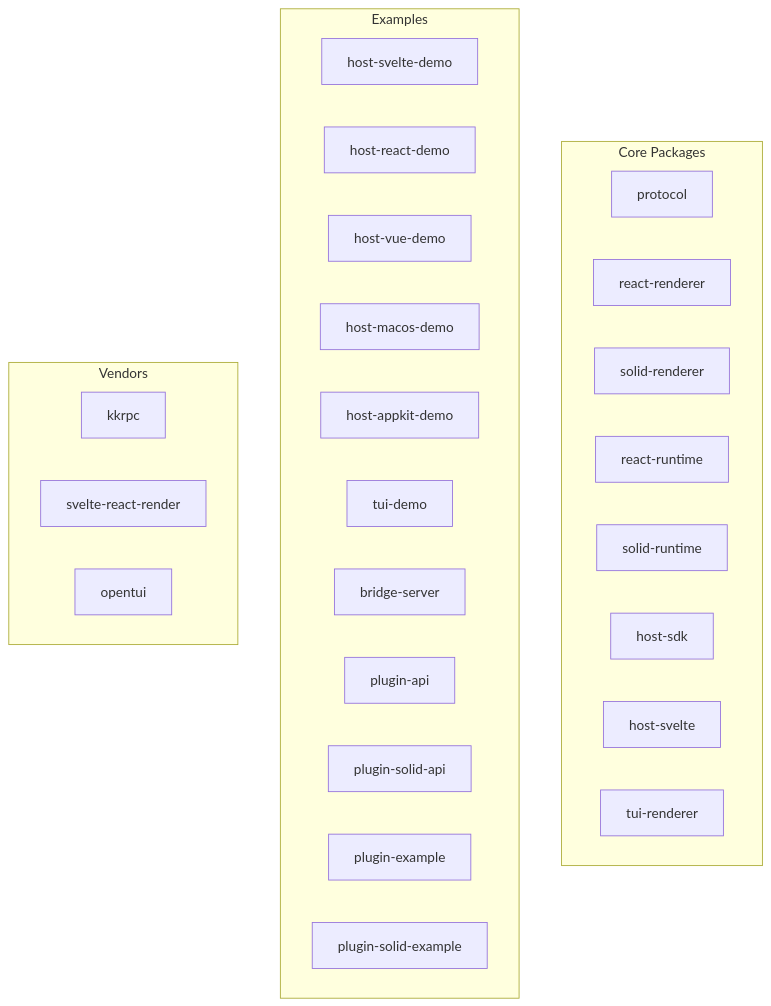
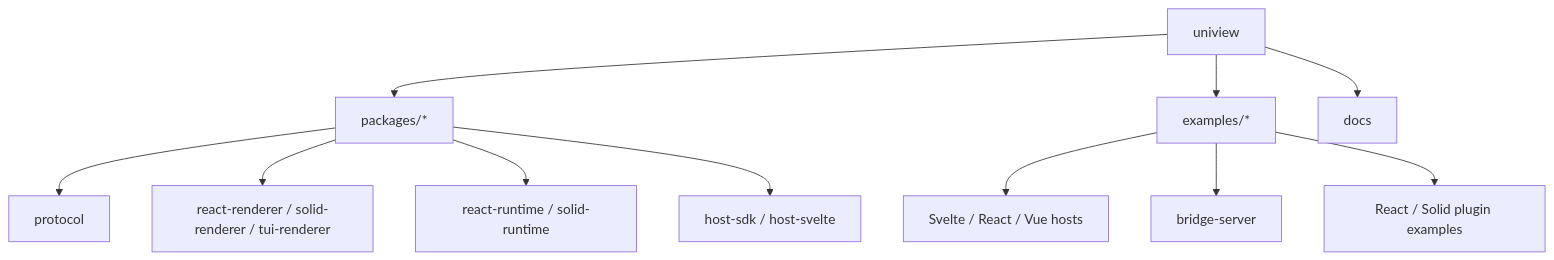
Before and after one commit to HuakunShen/uniview: the first of 2 diagrams in .repowiki/en/content/Architecture/Monorepo Architecture.md, drawn with Mermaid. The commit also changed other lines of this file and 31 other files, not shown here.

````diff
--- a/.repowiki/en/content/Architecture/Monorepo Architecture.md
+++ b/.repowiki/en/content/Architecture/Monorepo Architecture.md
@@ -30,33 +34,14 @@
 ```mermaid
 graph TB
-    subgraph Core["Core Packages"]
-        P[protocol]
-        RR[react-renderer]
-        SR[solid-renderer]
-        RRun[react-runtime]
-        SRun[solid-runtime]
-        HS[host-sdk]
-        H5[host-svelte]
-        TUI[tui-renderer]
-    end
-
-    subgraph Examples["Examples"]
-        HSD[host-svelte-demo]
-        HRD[host-react-demo]
-        HVD[host-vue-demo]
-        HMD[host-macos-demo]
-        HAD[host-appkit-demo]
-        TD[tui-demo]
-        BS[bridge-server]
-        PA[plugin-api]
-        PSA[plugin-solid-api]
-        PE[plugin-example]
-        PSE[plugin-solid-example]
-    end
-
-    subgraph Vendors["Vendors"]
-        KK[kkrpc]
-        SRR[svelte-react-render]
-        OT[opentui]
-    end
+    Root[uniview]
+    Root --> Packages[packages/*]
+    Root --> Examples[examples/*]
+    Root --> Docs[docs]
+    Packages --> Protocol[protocol]
+    Packages --> Renderers[react-renderer / solid-renderer / tui-renderer]
+    Packages --> Runtimes[react-runtime / solid-runtime]
+    Packages --> Host[host-sdk / host-svelte]
+    Examples --> WebHosts[Svelte / React / Vue hosts]
+    Examples --> Bridge[bridge-server]
+    Examples --> Plugins[React / Solid plugin examples]
 ```
````
